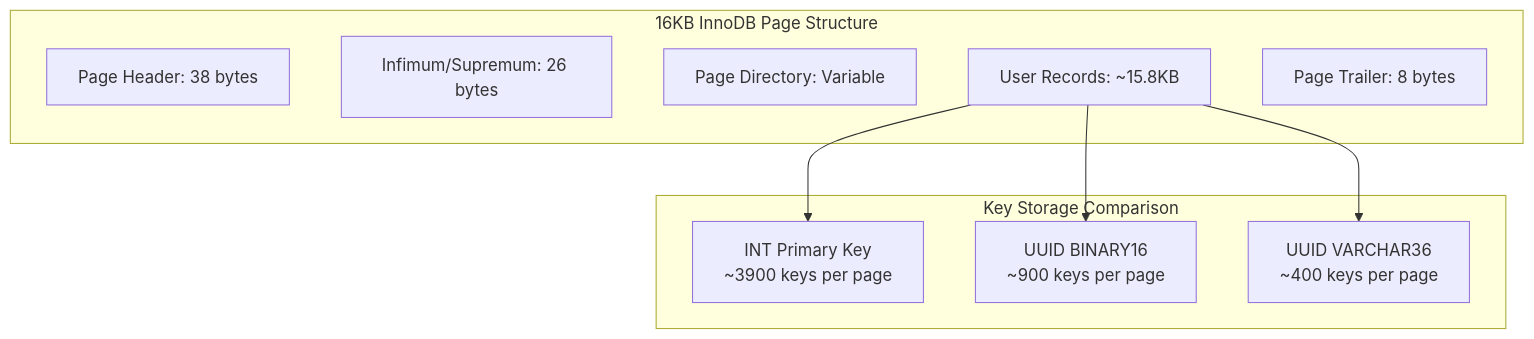
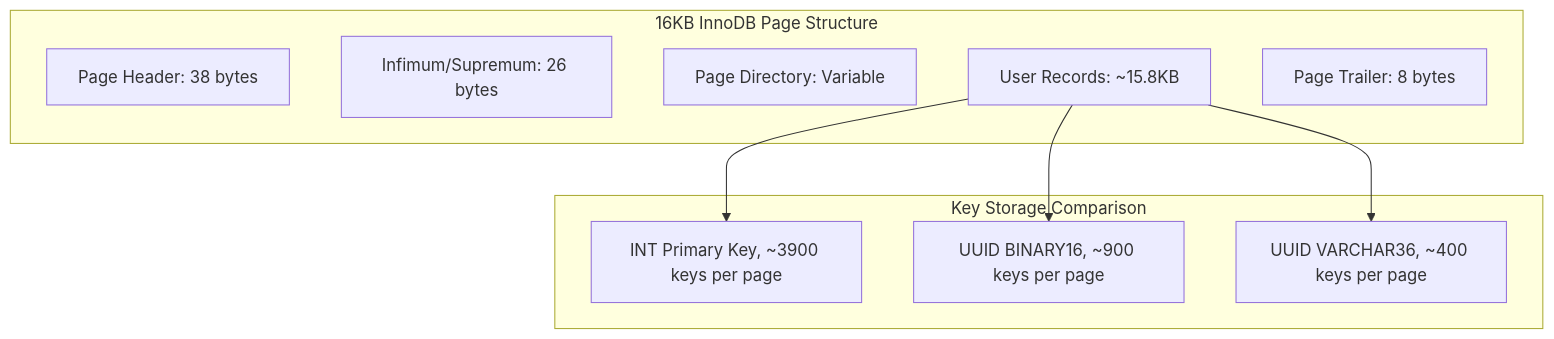
One commit to choru-k/choru-wiki changed the first of 3 diagrams in docs/db/rds-auto-increment.md. Above: the diagram before and after it, drawn with Mermaid. The commit also changed other lines of this file and 9 other files, not shown here.

````diff
--- a/docs/db/rds-auto-increment.md
+++ b/docs/db/rds-auto-increment.md
@@ -66,20 +66,20 @@
 ```mermaid
 graph TB
     subgraph "16KB InnoDB Page Structure"
         A[Page Header: 38 bytes]
         B[Infimum/Supremum: 26 bytes]
         C[Page Directory: Variable]
         D[User Records: ~15.8KB]
         E[Page Trailer: 8 bytes]
     end
     
     subgraph "Key Storage Comparison"
-        F[INT Primary Key<br/>~3900 keys per page]
-        G[UUID BINARY16<br/>~900 keys per page]
-        H[UUID VARCHAR36<br/>~400 keys per page]
+        F["INT Primary Key, ~3900 keys per page"]
+        G["UUID BINARY16, ~900 keys per page"]
+        H["UUID VARCHAR36, ~400 keys per page"]
     end
     
     D --> F
     D --> G  
     D --> H
 ```
````
